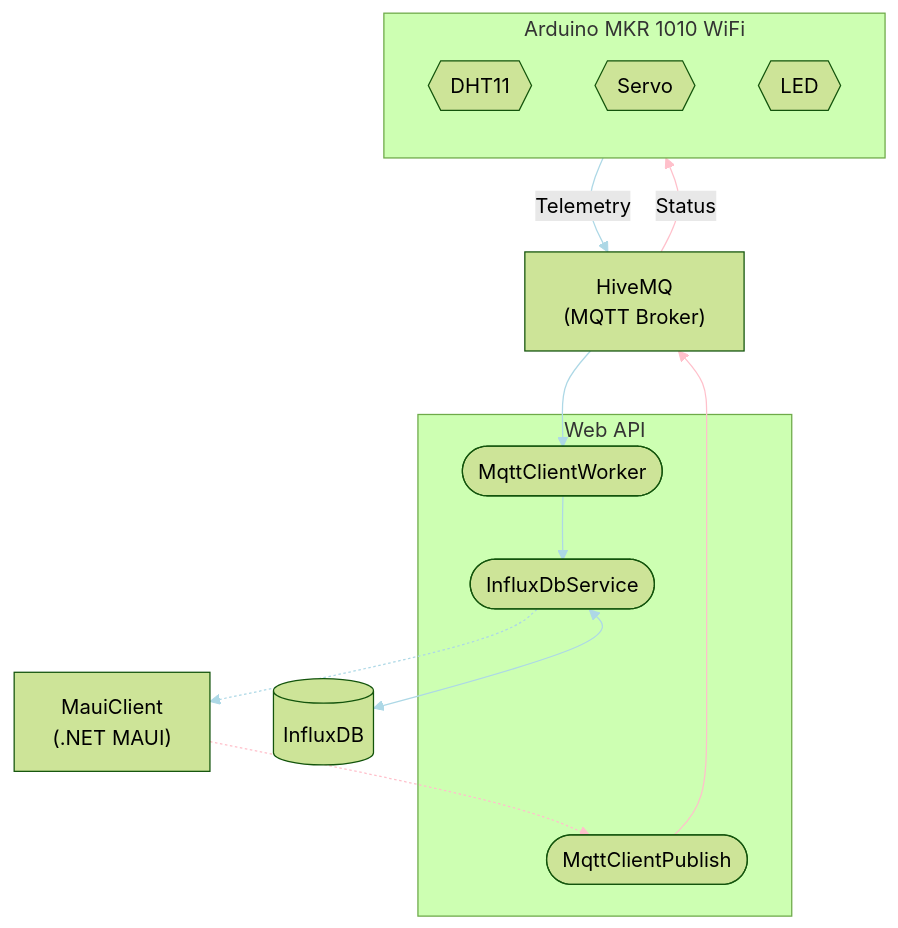
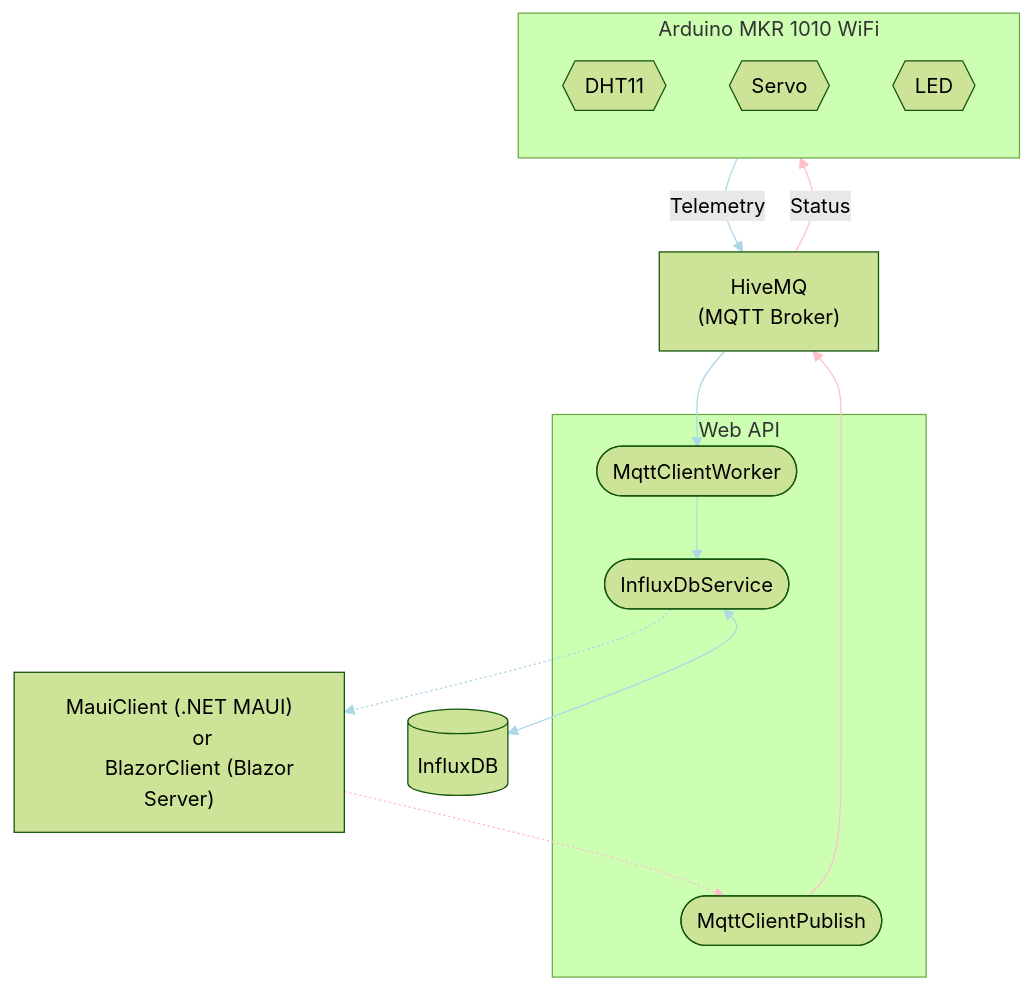
Before and after one commit to AndreassenLearn/TelemetryProject: the diagram in README.md, drawn with Mermaid (forest theme). The commit also changed other lines of this file, not shown here.

````diff
--- a/README.md
+++ b/README.md
@@ -23,31 +24,32 @@
 ```mermaid
 flowchart TB
     subgraph C[Web API]
         CA([MqttClientWorker])-->CB([InfluxDbService])
         CC([MqttClientPublish])
         linkStyle 0 stroke:lightblue
     end
 
     subgraph A[Arduino MKR 1010 WiFi]
         direction TB
         AA{{DHT11}}
         AB{{Servo}}
         AC{{LED}}
     end
 
     A--"Telemetry"-->B["HiveMQ
     (MQTT Broker)"]
     B--"Status"-->A
 
     B-->CA
     CC-->B
 
     CB<-->D[(InfluxDB)]
     
-    CB-.->E["MauiClient
-    (.NET MAUI)"]
+    CB-.->E["MauiClient (.NET MAUI)
+	or
+	BlazorClient (Blazor Server)"]
     E-.->CC
 
     linkStyle 1,3,5,6 stroke:lightblue
     linkStyle 2,4,7 stroke:pink
 ```
````
